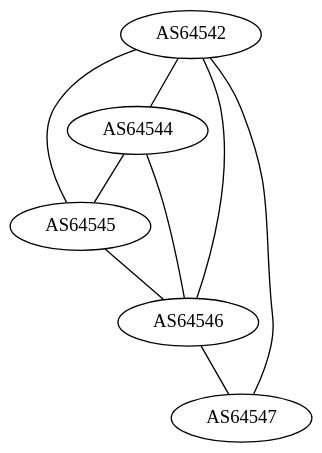
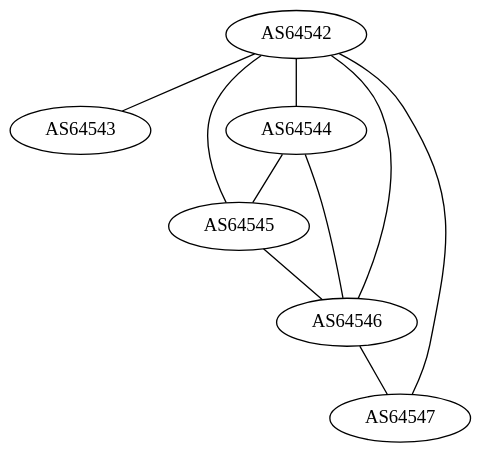
The diagram in as-graph.dot (GLaNET/resources), drawn with Graphviz before and after one commit.

Commit message:
New peering between AS64542 and AS64543

```diff
--- a/as-graph.dot
+++ b/as-graph.dot
@@ -1,23 +1,24 @@
 graph GLaNET
 {
         edge [len=2];
         graph [bgcolor=transparent]
 
         //AS64540 [shape=box];
         //AS64540 [label="Caribou Route Server\nAS64540"];
         //AS64540 -- AS64542;
         //AS64540 -- AS64544;
         //AS64540 -- AS64543;
 
+        AS64542 -- AS64543;
         AS64542 -- AS64544; // [label="1"];
         AS64542 -- AS64545;
         AS64542 -- AS64546;
         AS64542 -- AS64547;
 
         AS64544 -- AS64545;
         AS64544 -- AS64546;
 
         AS64545 -- AS64546;
 
         AS64546 -- AS64547;
 }
```
